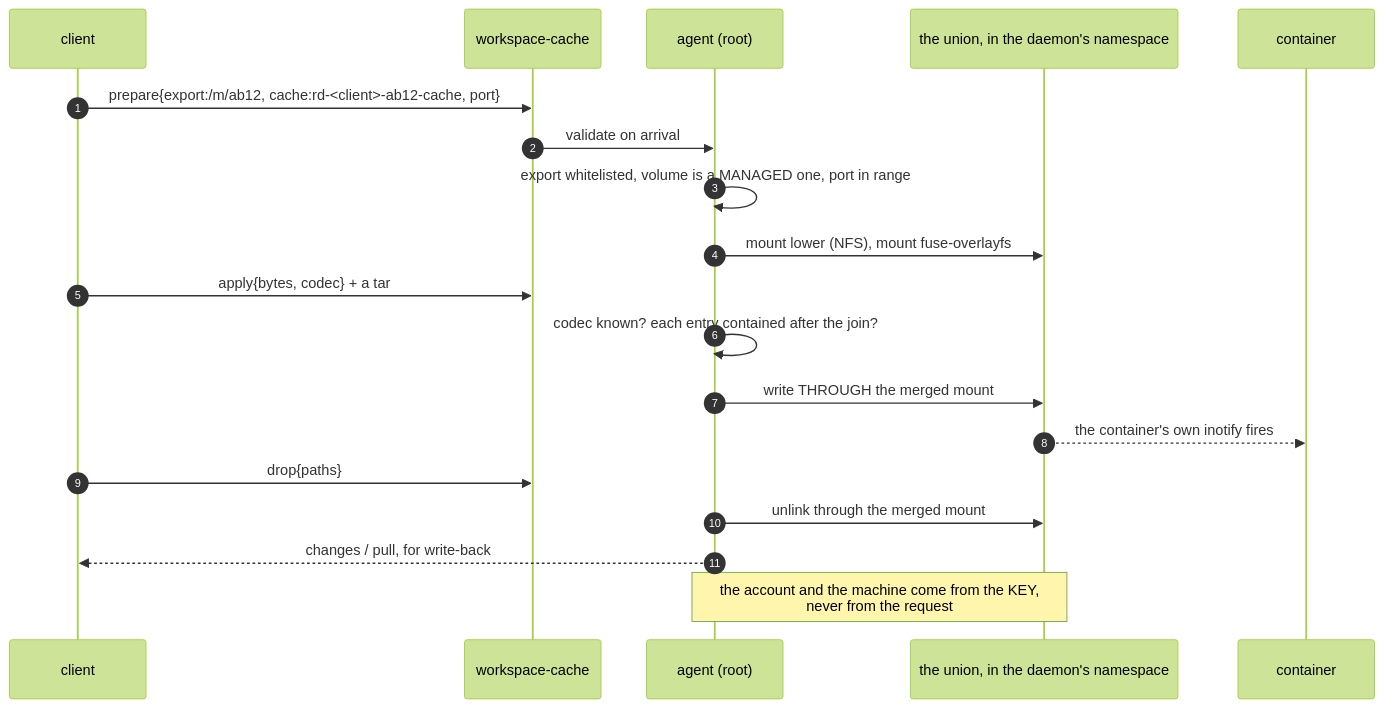
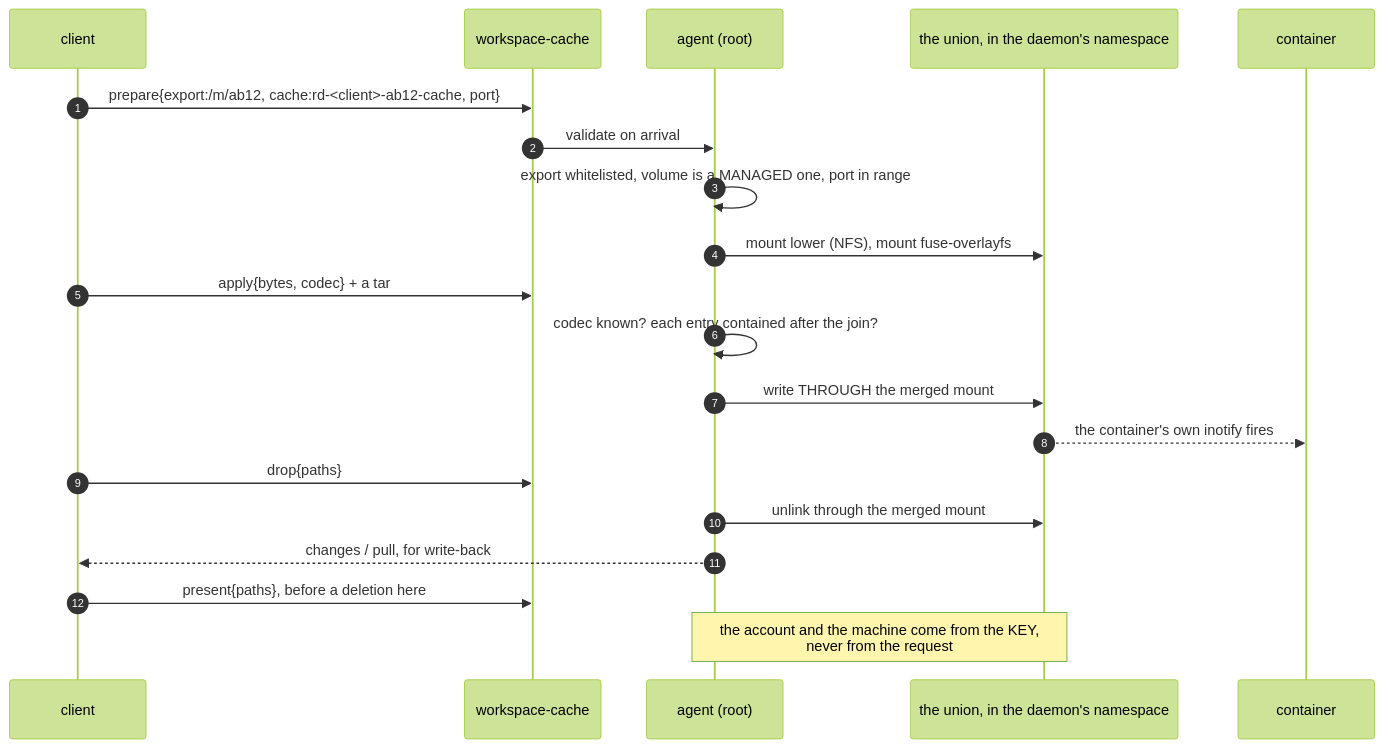
One commit to lhns/remote-docker changed diagram 14 of 19 in docs/threat-model.md. Above: the diagram before and after it, drawn with Mermaid (forest theme). The commit also changed other lines of this file and 3 other files, not shown here.

````diff
--- a/docs/threat-model.md
+++ b/docs/threat-model.md
@@ -1213,22 +1272,23 @@
 ```mermaid
 sequenceDiagram
     autonumber
     participant Cl as client
     participant Ch as workspace-cache
     participant Ag as agent (root)
     participant U as the union, in the daemon's namespace
     participant C as container
 
     Cl->>Ch: prepare{export:/m/ab12, cache:rd-<client>-ab12-cache, port}
     Ch->>Ag: validate on arrival
     Ag->>Ag: export whitelisted, volume is a MANAGED one, port in range
     Ag->>U: mount lower (NFS), mount fuse-overlayfs
     Cl->>Ch: apply{bytes, codec} + a tar
     Ag->>Ag: codec known? each entry contained after the join?
     Ag->>U: write THROUGH the merged mount
     U-->>C: the container's own inotify fires
     Cl->>Ch: drop{paths}
     Ag->>U: unlink through the merged mount
     Ag-->>Cl: changes / pull, for write-back
+    Cl->>Ch: present{paths}, before a deletion here
     Note over Ag,U: the account and the machine come from the KEY,<br/>never from the request
 ```
````
